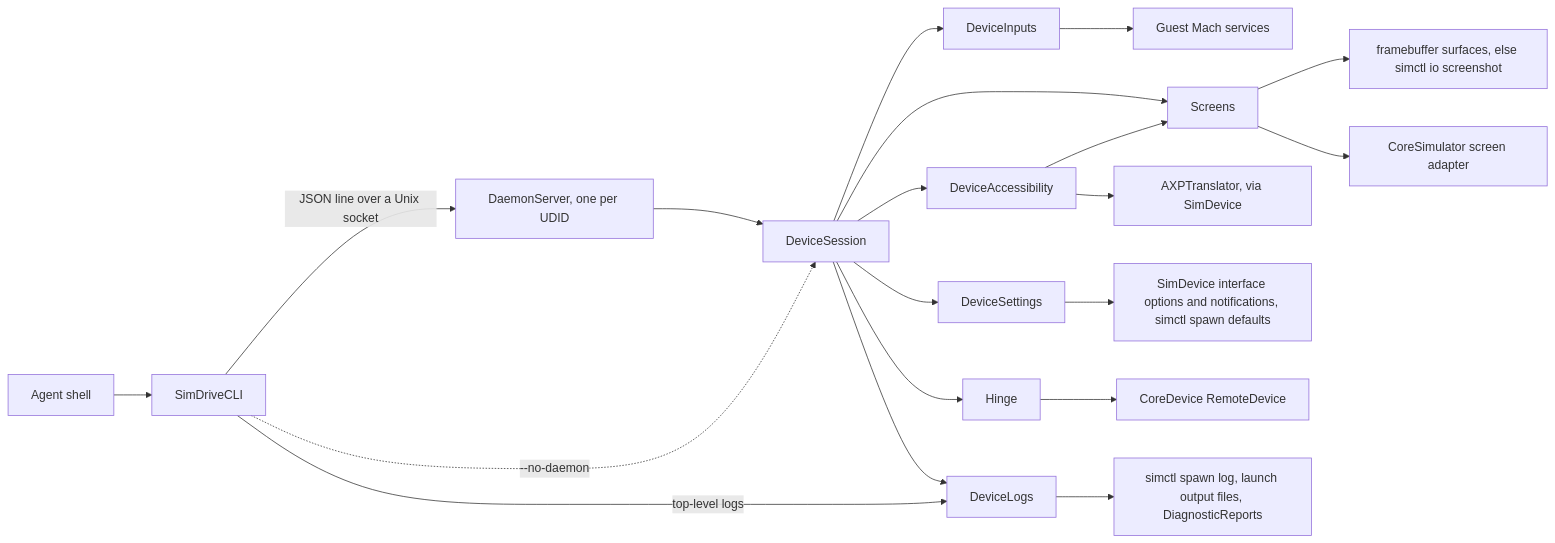
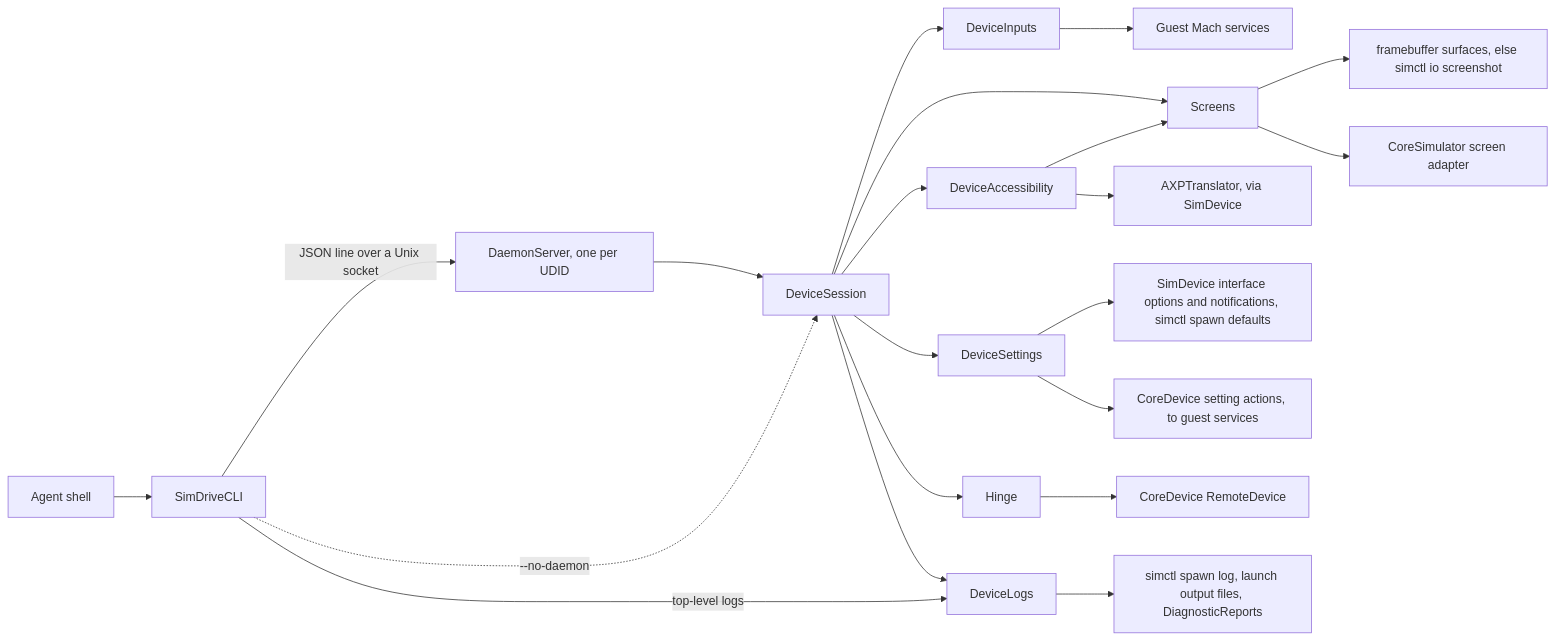
The diagram in docs/architecture.md (gbanfalvi/app-simdrive), drawn with Mermaid before and after one commit. The commit also changed other lines of this file and 16 other files, not shown here.

````diff
--- a/docs/architecture.md
+++ b/docs/architecture.md
@@ -44,22 +44,23 @@
 ```mermaid
 flowchart LR
   Shell["Agent shell"] --> CLI["SimDriveCLI"]
   CLI -->|"JSON line over a Unix socket"| Daemon["DaemonServer, one per UDID"]
   CLI -.->|"--no-daemon"| Session
   CLI -->|"top-level logs"| Logs
   Daemon --> Session["DeviceSession"]
   Session --> Inputs["DeviceInputs"]
   Session --> Screens["Screens"]
   Session --> AX["DeviceAccessibility"]
   Session --> Settings["DeviceSettings"]
   Session --> Hinge["Hinge"]
   Session --> Logs["DeviceLogs"]
   Logs --> LogTool["simctl spawn log, launch output files, DiagnosticReports"]
   AX --> Screens
   Inputs --> Guest["Guest Mach services"]
   Screens --> Simctl["framebuffer surfaces, else simctl io screenshot"]
   Screens --> Adapter["CoreSimulator screen adapter"]
   Hinge --> CoreDevice["CoreDevice RemoteDevice"]
   AX --> Translator["AXPTranslator, via SimDevice"]
   Settings --> Spawn["SimDevice interface options and notifications, simctl spawn defaults"]
+  Settings --> Actions["CoreDevice setting actions, to guest services"]
 ```
````
